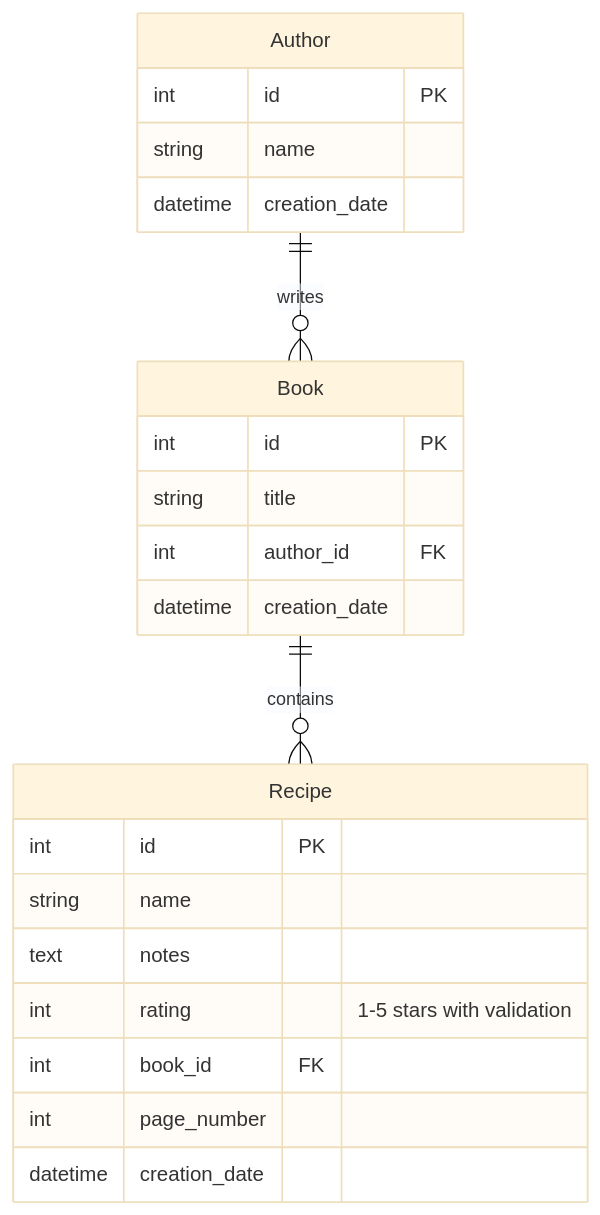
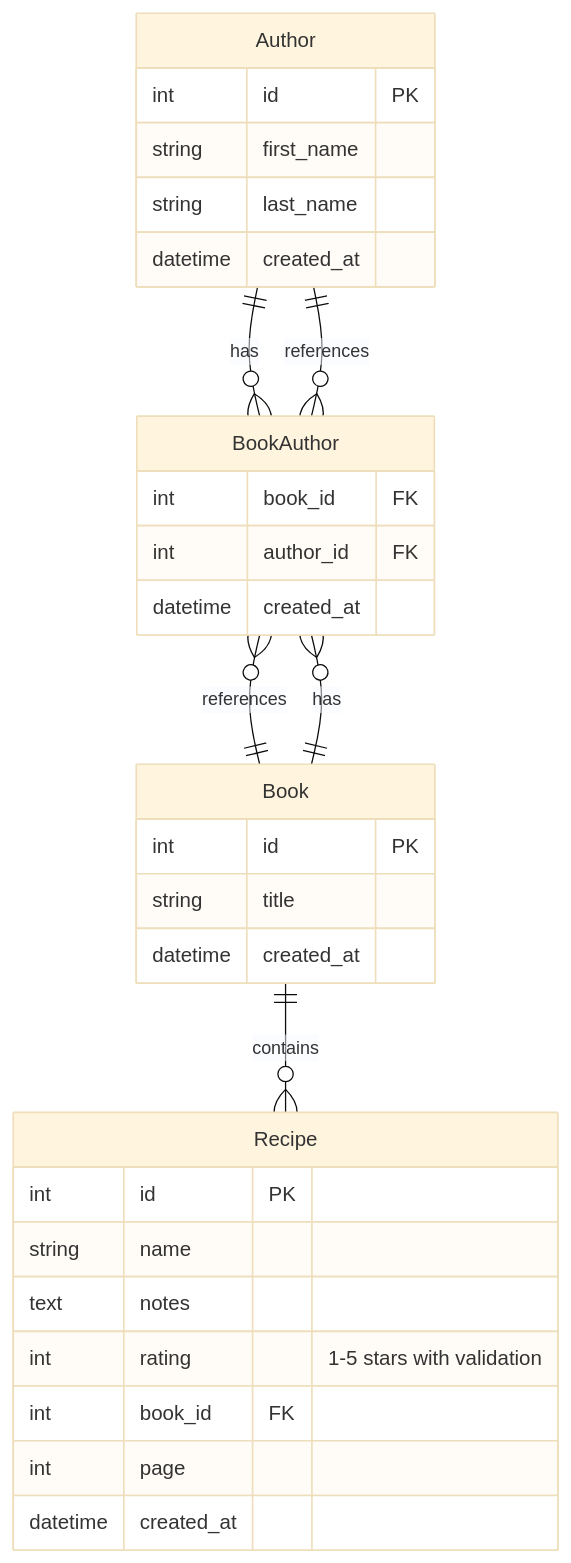
One commit to mongeon/RecettesIndex changed the third of 4 diagrams in docs/README.md. Above: the diagram before and after it, drawn with Mermaid (base theme). The commit also changed other lines of this file and 5 other files, not shown here.

````diff
--- a/docs/README.md
+++ b/docs/README.md
@@ -155,28 +191,37 @@
 ```mermaid
 erDiagram
-    Author ||--o{ Book : "writes"
+    Author ||--o{ BookAuthor : "has"
+    Book ||--o{ BookAuthor : "has"
+    BookAuthor }o--|| Author : "references"
+    BookAuthor }o--|| Book : "references"
     Book ||--o{ Recipe : "contains"
     
     Author {
         int id PK
-        string name
-        datetime creation_date
+        string first_name
+        string last_name
+        datetime created_at
     }
     
     Book {
         int id PK
         string title
+        datetime created_at
+    }
+    
+    BookAuthor {
+        int book_id FK
         int author_id FK
-        datetime creation_date
+        datetime created_at
     }
     
     Recipe {
         int id PK
         string name
         text notes
         int rating "1-5 stars with validation"
         int book_id FK
-        int page_number
-        datetime creation_date
+        int page
+        datetime created_at
     }
 ```
````
